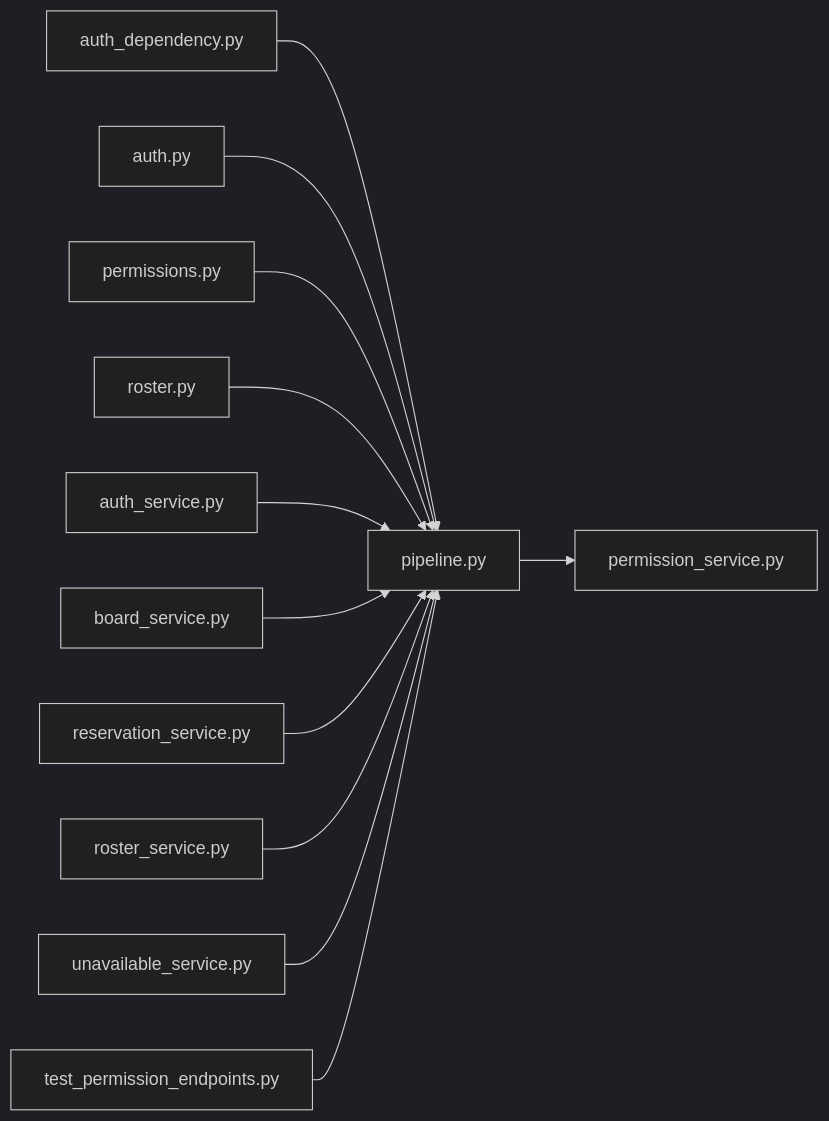
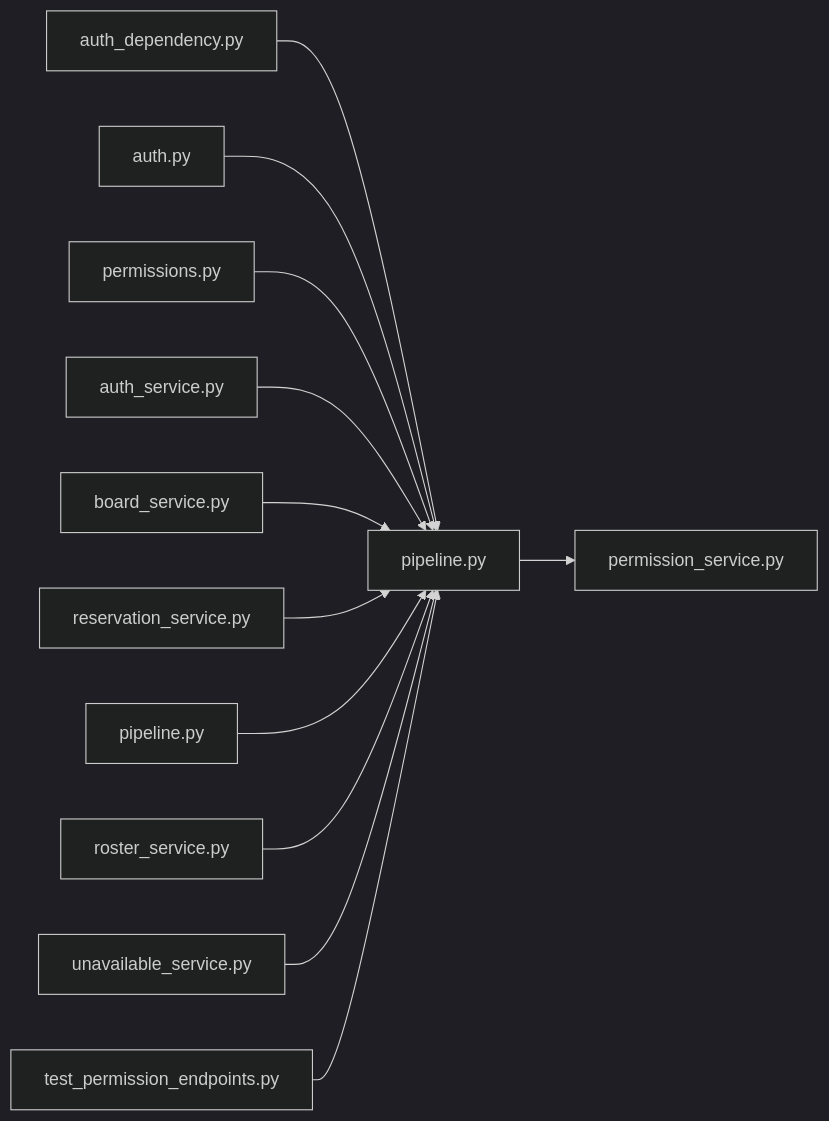
The diagram in .cluedoc/graph/backend/src/backend/services/permission/pipeline.md (minkong-dev/Banblit), drawn with Mermaid (dark theme) before and after one commit. The commit also changed other lines of this file and 50 other files, not shown here.

First line of the commit message:
backend: keep tunable limits and call order in each module's pipeline

````diff
--- a/.cluedoc/graph/backend/src/backend/services/permission/pipeline.md
+++ b/.cluedoc/graph/backend/src/backend/services/permission/pipeline.md
@@ -10,15 +10,15 @@
 ```mermaid
 flowchart LR
   backend_src_backend_services_permission_pipeline["pipeline.py"]
   backend_src_backend_services_permission_pipeline --> backend_src_backend_services_permission_permission_service["permission_service.py"]
   backend_src_backend_api_auth_dependency["auth_dependency.py"] --> backend_src_backend_services_permission_pipeline
   backend_src_backend_api_routers_auth["auth.py"] --> backend_src_backend_services_permission_pipeline
   backend_src_backend_api_routers_permissions["permissions.py"] --> backend_src_backend_services_permission_pipeline
-  backend_src_backend_api_routers_roster["roster.py"] --> backend_src_backend_services_permission_pipeline
   backend_src_backend_services_auth_auth_service["auth_service.py"] --> backend_src_backend_services_permission_pipeline
   backend_src_backend_services_board_board_service["board_service.py"] --> backend_src_backend_services_permission_pipeline
   backend_src_backend_services_reservation_reservation_service["reservation_service.py"] --> backend_src_backend_services_permission_pipeline
+  backend_src_backend_services_roster_pipeline["pipeline.py"] --> backend_src_backend_services_permission_pipeline
   backend_src_backend_services_roster_roster_service["roster_service.py"] --> backend_src_backend_services_permission_pipeline
   backend_src_backend_services_unavailable_unavailable_service["unavailable_service.py"] --> backend_src_backend_services_permission_pipeline
   backend_tests_integration_db_test_permission_endpoints["test_permission_endpoints.py"] --> backend_src_backend_services_permission_pipeline
 ```
````
